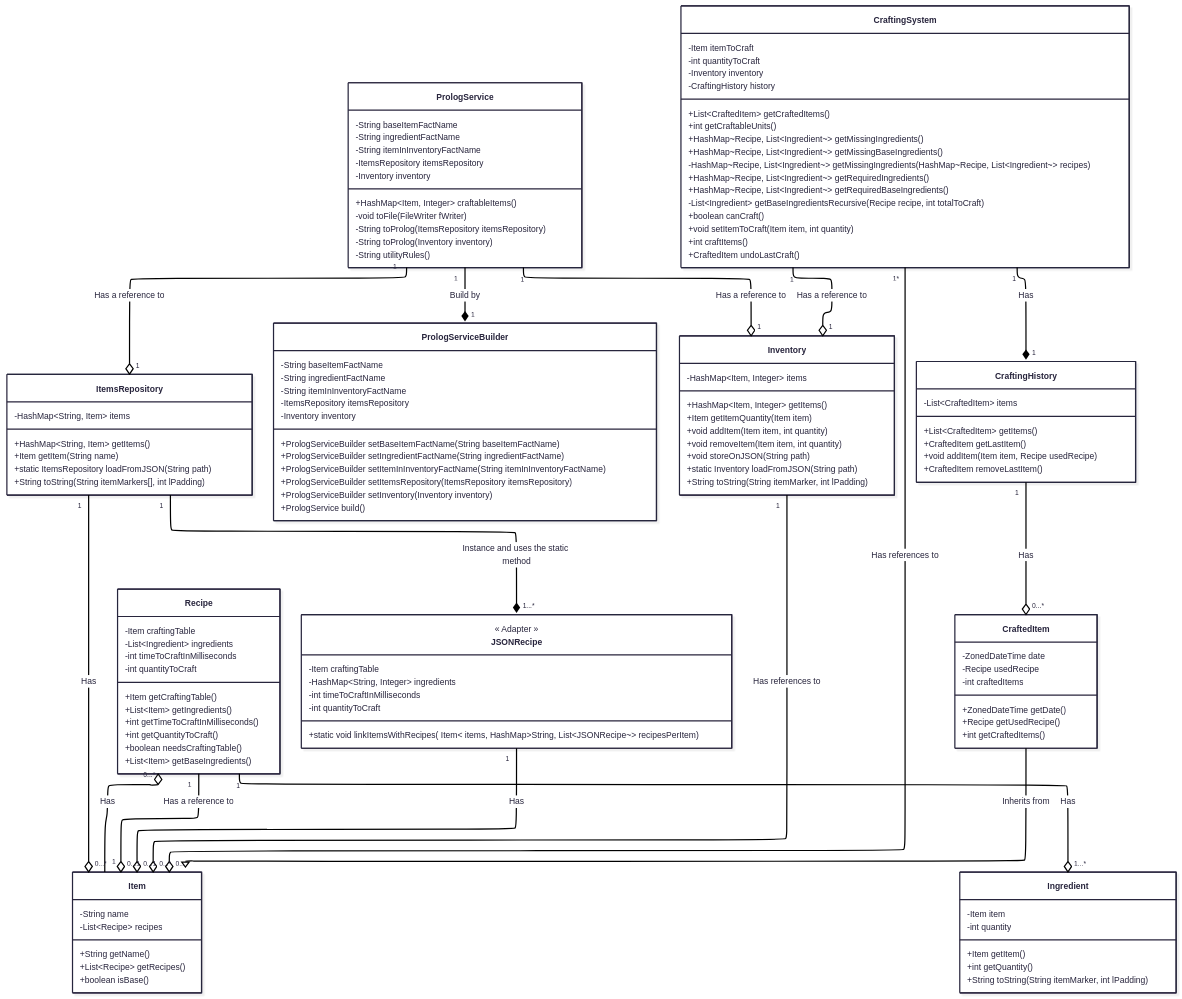
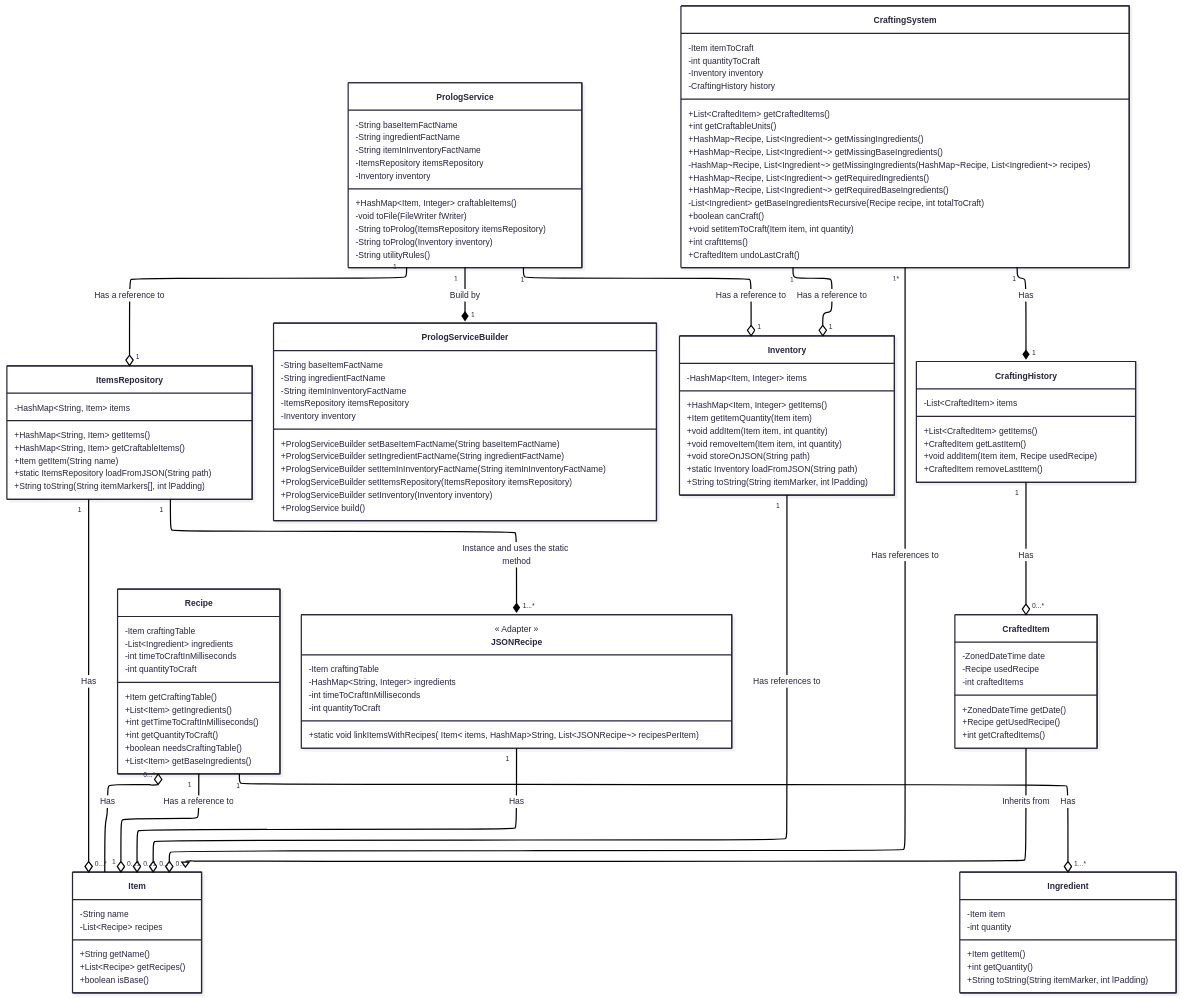
The first of 2 diagrams in README.md (hozlucas28/Java-Practical-Work-2025), drawn with Mermaid before and after one commit. The commit also changed 2 other files, not shown here.

Commit message:
feature(Menu): develop logic of option 13 (12 really)

```diff
--- a/README.md
+++ b/README.md
@@ -116,6 +116,7 @@
 	    -HashMap~String, Item~ items
 
 	    +HashMap~String, Item~ getItems()
+	    +HashMap~String, Item~ getCraftableItems()
 	    +Item getItem(String name)
         +static ItemsRepository loadFromJSON(String path)
         +String toString(String itemMarkers[], int lPadding)
```
